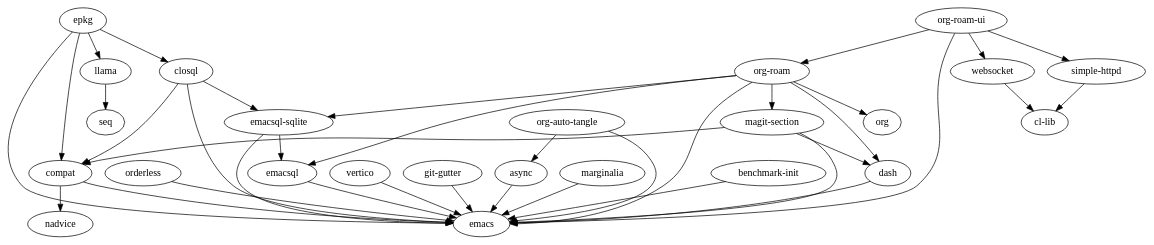
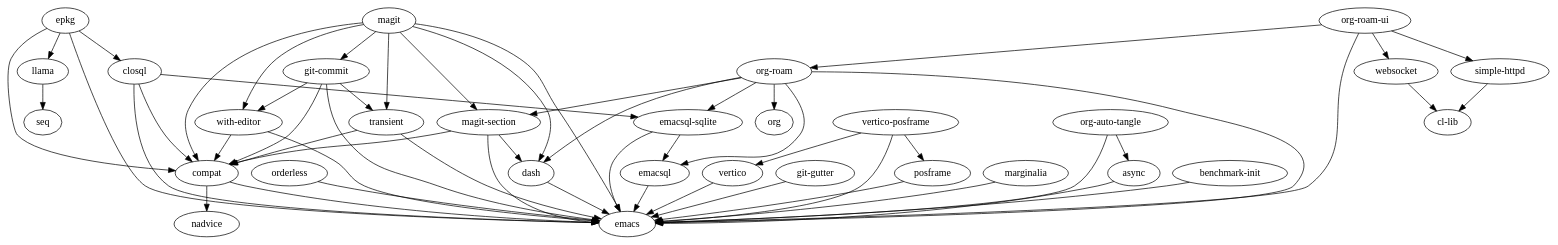
The diagram in assets/emacs-package-dependency.dot (suliveevil/emacs.d), drawn with Graphviz before and after one commit. The commit also changed 16 other files, not shown here.

Commit message:
vertico-posframe org-auto-tangle

```diff
--- a/assets/emacs-package-dependency.dot
+++ b/assets/emacs-package-dependency.dot
@@ -1,38 +1,57 @@
 digraph G {"epkg" -> "emacs";
 "epkg" -> "compat";
 "epkg" -> "closql";
 "epkg" -> "llama";
 "emacsql" -> "emacs";
 "websocket" -> "cl-lib";
 "orderless" -> "emacs";
+"transient" -> "emacs";
+"transient" -> "compat";
 "org-roam" -> "emacs";
 "org-roam" -> "dash";
 "org-roam" -> "org";
 "org-roam" -> "emacsql";
 "org-roam" -> "emacsql-sqlite";
 "org-roam" -> "magit-section";
+"posframe" -> "emacs";
+"magit" -> "emacs";
+"magit" -> "compat";
+"magit" -> "dash";
+"magit" -> "git-commit";
+"magit" -> "magit-section";
+"magit" -> "transient";
+"magit" -> "with-editor";
 "vertico" -> "emacs";
 "magit-section" -> "emacs";
 "magit-section" -> "compat";
 "magit-section" -> "dash";
 "compat" -> "emacs";
 "compat" -> "nadvice";
 "simple-httpd" -> "cl-lib";
 "git-gutter" -> "emacs";
 "dash" -> "emacs";
 "closql" -> "emacs";
 "closql" -> "compat";
 "closql" -> "emacsql-sqlite";
+"with-editor" -> "emacs";
+"with-editor" -> "compat";
+"git-commit" -> "emacs";
+"git-commit" -> "compat";
+"git-commit" -> "transient";
+"git-commit" -> "with-editor";
 "async" -> "emacs";
+"vertico-posframe" -> "emacs";
+"vertico-posframe" -> "posframe";
+"vertico-posframe" -> "vertico";
 "marginalia" -> "emacs";
 "org-auto-tangle" -> "emacs";
 "org-auto-tangle" -> "async";
 "org-roam-ui" -> "emacs";
 "org-roam-ui" -> "org-roam";
 "org-roam-ui" -> "simple-httpd";
 "org-roam-ui" -> "websocket";
 "emacsql-sqlite" -> "emacs";
 "emacsql-sqlite" -> "emacsql";
 "benchmark-init" -> "emacs";
 "llama" -> "seq";
 }
```
